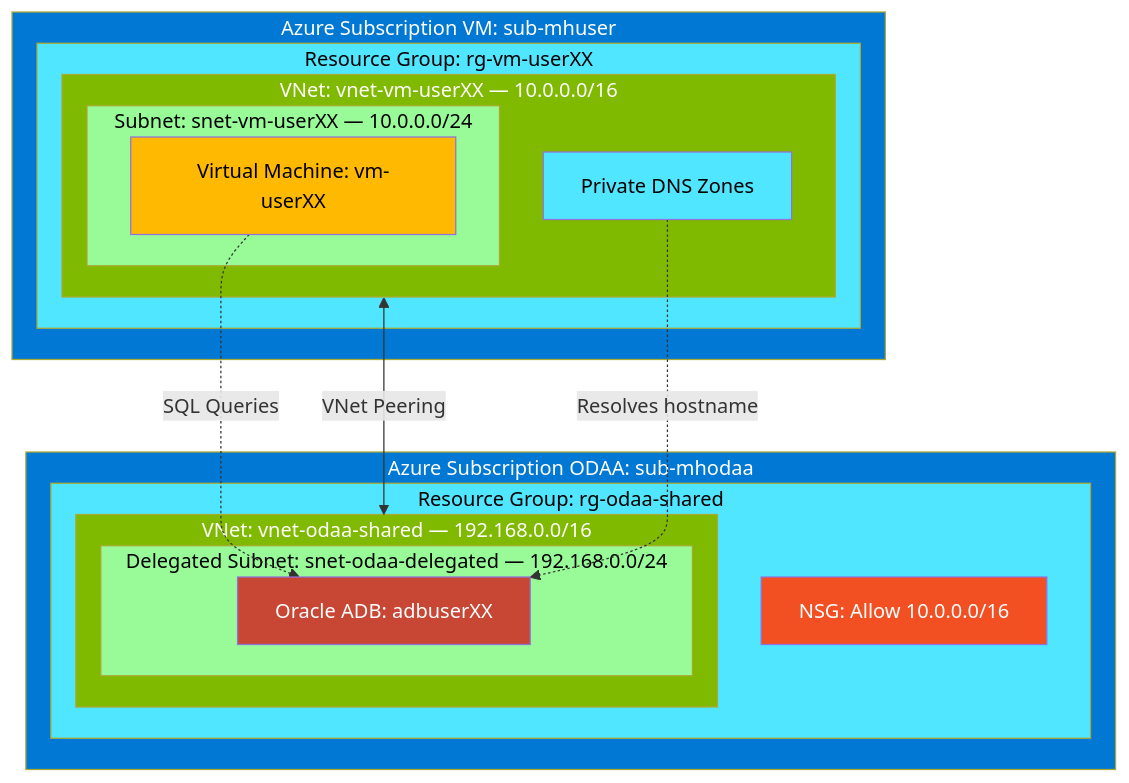
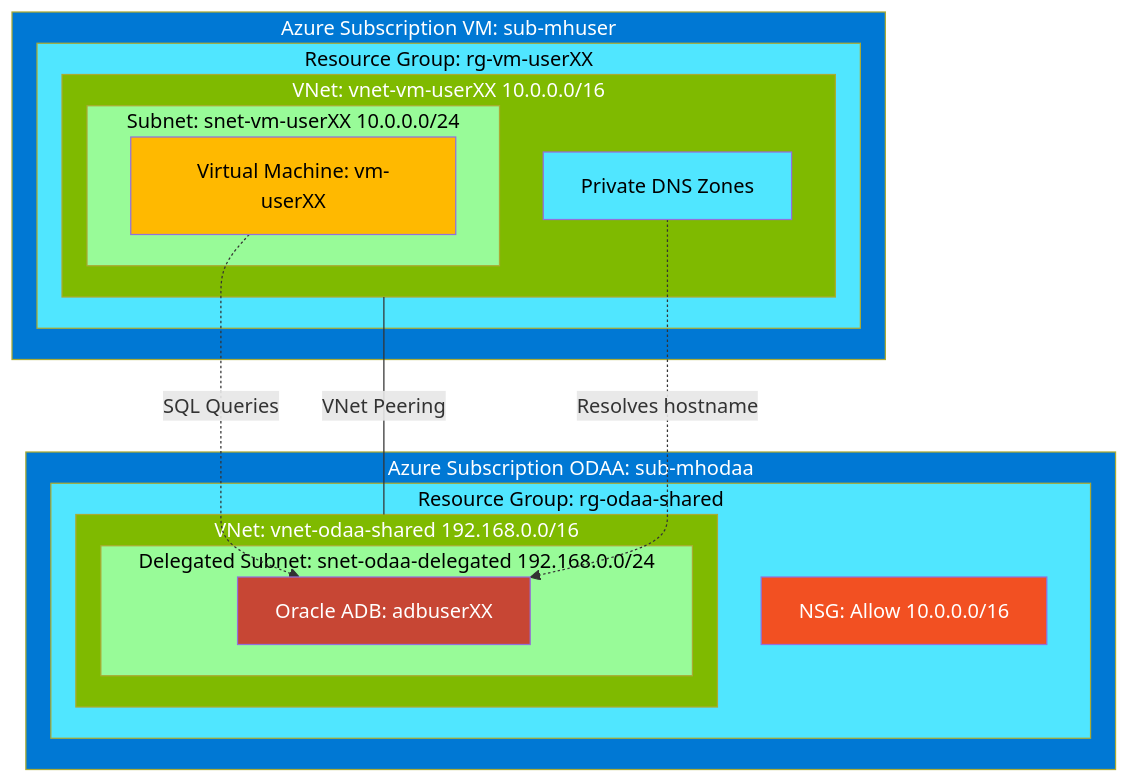
One commit to cpinotossi/msftmh changed the first of 3 diagrams in 03-Azure/01-03-Infrastructure/10_Oracle_on_Azure/README.md. Above: the diagram before and after it, drawn with Mermaid. The commit also changed other lines of this file, not shown here.

First line of the commit message:
fix(docs): fix mermaid syntax for GitHub compatibility

````diff
--- a/03-Azure/01-03-Infrastructure/10_Oracle_on_Azure/README.md
+++ b/03-Azure/01-03-Infrastructure/10_Oracle_on_Azure/README.md
@@ -30,41 +30,41 @@
 ```mermaid
 flowchart TB
     subgraph VM_SUB["Azure Subscription VM: sub-mhuser"]
         subgraph VM_RG["Resource Group: rg-vm-userXX"]
-            subgraph VM_VNET["VNet: vnet-vm-userXX — 10.0.0.0/16"]
-                subgraph VM_SUBNET["Subnet: snet-vm-userXX — 10.0.0.0/24"]
+            subgraph VM_VNET["VNet: vnet-vm-userXX 10.0.0.0/16"]
+                subgraph VM_SUBNET["Subnet: snet-vm-userXX 10.0.0.0/24"]
                     VM["Virtual Machine: vm-userXX"]
                 end
                 DNS["Private DNS Zones"]
             end
         end
     end
 
     subgraph ODAA_SUB["Azure Subscription ODAA: sub-mhodaa"]
         subgraph ODAA_RG["Resource Group: rg-odaa-shared"]
-            subgraph ODAA_VNET["VNet: vnet-odaa-shared — 192.168.0.0/16"]
-                subgraph ODAA_SUBNET["Delegated Subnet: snet-odaa-delegated — 192.168.0.0/24"]
+            subgraph ODAA_VNET["VNet: vnet-odaa-shared 192.168.0.0/16"]
+                subgraph ODAA_SUBNET["Delegated Subnet: snet-odaa-delegated 192.168.0.0/24"]
                     ADB["Oracle ADB: adbuserXX"]
                 end
             end
             NSG["NSG: Allow 10.0.0.0/16"]
         end
     end
 
-    VM_VNET <-->|VNet Peering| ODAA_VNET
+    VM_VNET ---|VNet Peering| ODAA_VNET
     VM -.->|SQL Queries| ADB
     DNS -.->|Resolves hostname| ADB
 
     style VM_SUB fill:#0078D4,color:#fff
     style VM_RG fill:#50E6FF,color:#000
     style VM_VNET fill:#7FBA00,color:#fff
     style VM_SUBNET fill:#98FB98,color:#000
     style ODAA_SUB fill:#0078D4,color:#fff
     style ODAA_RG fill:#50E6FF,color:#000
     style ODAA_VNET fill:#7FBA00,color:#fff
     style ODAA_SUBNET fill:#98FB98,color:#000
     style ADB fill:#C74634,color:#fff
     style VM fill:#FFB900,color:#000
     style DNS fill:#50E6FF,color:#000
     style NSG fill:#F25022,color:#fff
 ```
````
